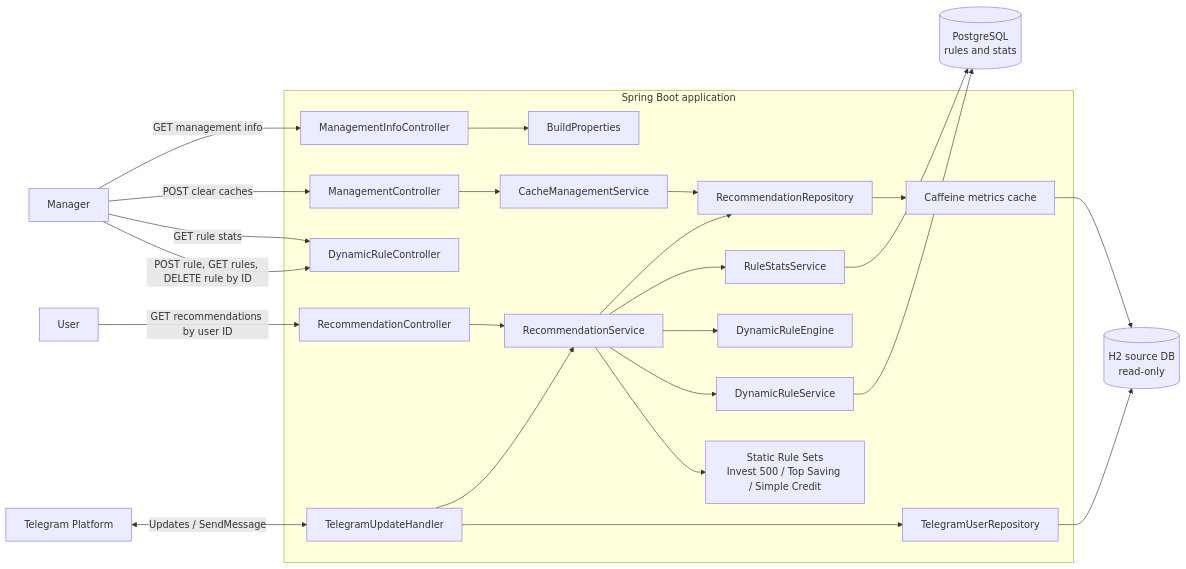
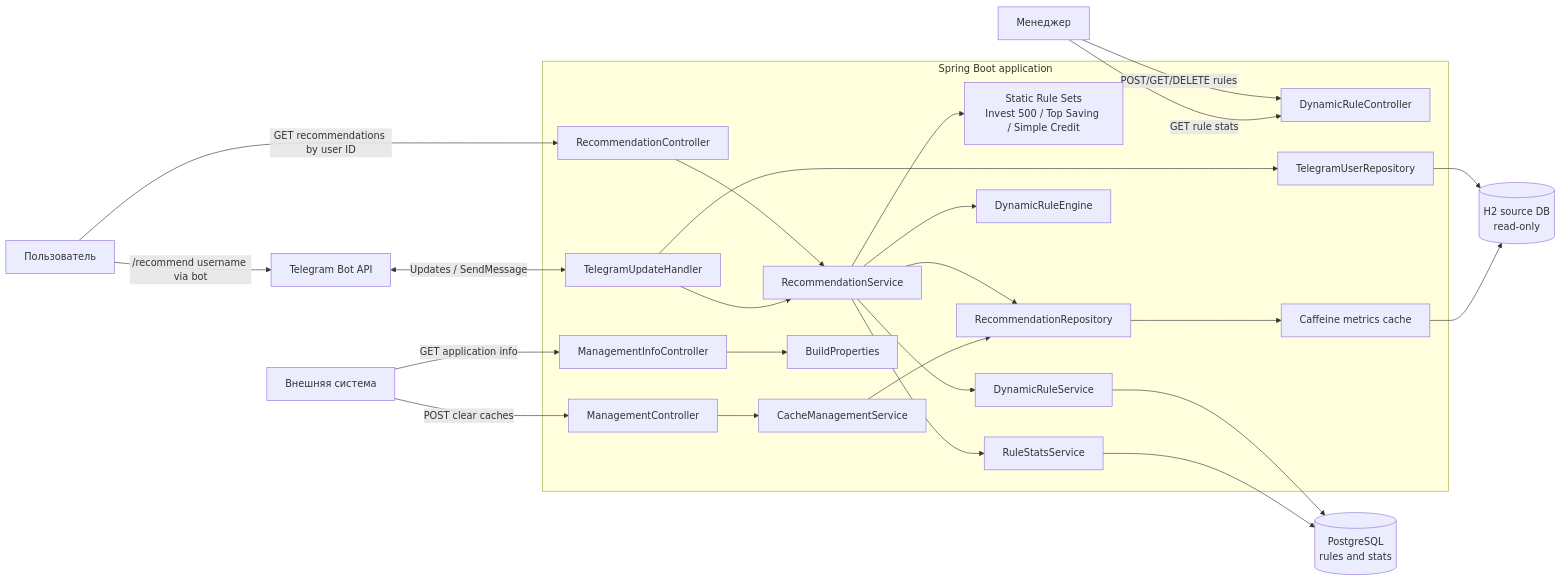
Before and after one commit to aaminter/star-bank-recommendation: the first of 2 diagrams in docs/architecture.md, drawn with Mermaid.

Commit message:
docs: align component diagram actors with management API

````diff
--- a/docs/architecture.md
+++ b/docs/architecture.md
@@ -9,49 +9,51 @@
 ```mermaid
 flowchart LR
-    User[User]
-    Manager[Manager]
-    TelegramPlatform[Telegram Platform]
+    User[Пользователь]
+    Manager[Менеджер]
+    External[Внешняя система]
+    TelegramPlatform[Telegram Bot API]
     H2[(H2 source DB<br/>read-only)]
     PostgreSQL[(PostgreSQL<br/>rules and stats)]
 
     subgraph App[Spring Boot application]
         RC[RecommendationController]
         DC[DynamicRuleController]
         MC[ManagementController]
         IC[ManagementInfoController]
         TH[TelegramUpdateHandler]
         RS[RecommendationService]
         StaticRules[Static Rule Sets<br/>Invest 500 / Top Saving / Simple Credit]
         DRService[DynamicRuleService]
         Engine[DynamicRuleEngine]
         Stats[RuleStatsService]
         Repo[RecommendationRepository]
         Cache[Caffeine metrics cache]
         UserRepo[TelegramUserRepository]
         CacheAdmin[CacheManagementService]
         BuildInfo[BuildProperties]
     end
 
     User -->|GET recommendations by user ID| RC
-    Manager -->|POST rule, GET rules, DELETE rule by ID| DC
+    User -->|/recommend username via bot| TelegramPlatform
+    TelegramPlatform <-->|Updates / SendMessage| TH
+    Manager -->|POST/GET/DELETE rules| DC
     Manager -->|GET rule stats| DC
-    Manager -->|POST clear caches| MC
-    Manager -->|GET management info| IC
-    TelegramPlatform <-->|Updates / SendMessage| TH
+    External -->|POST clear caches| MC
+    External -->|GET application info| IC
     RC --> RS
     TH --> UserRepo
     TH --> RS
     UserRepo --> H2
     RS --> StaticRules
     RS --> DRService
     RS --> Engine
     RS --> Stats
     RS --> Repo
     Repo --> Cache
     Cache --> H2
     DRService --> PostgreSQL
     Stats --> PostgreSQL
     MC --> CacheAdmin
     CacheAdmin --> Repo
     IC --> BuildInfo
 ```
````
